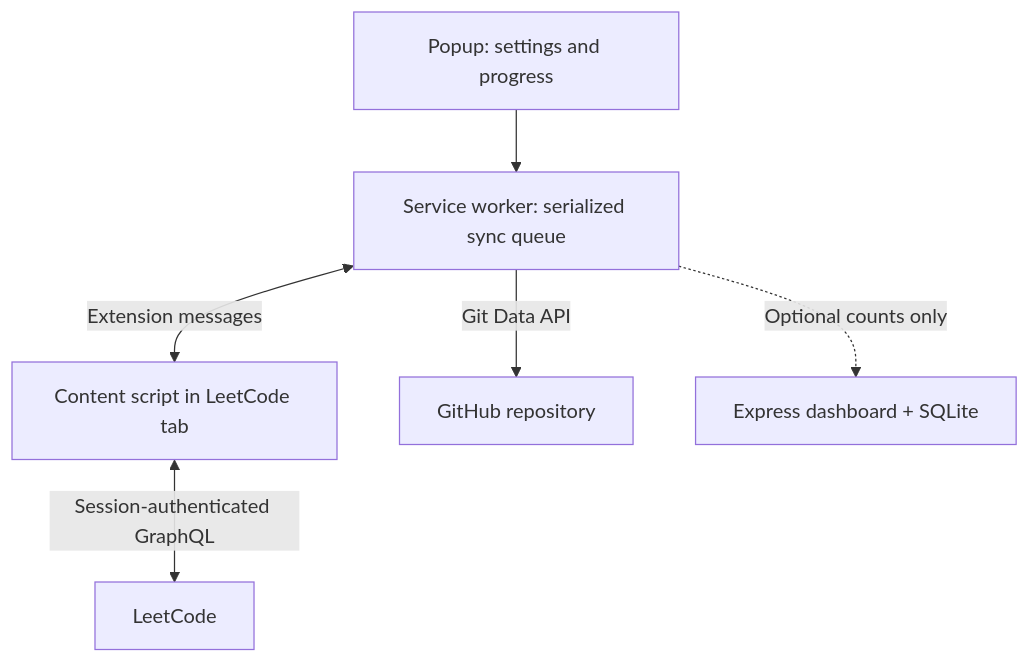
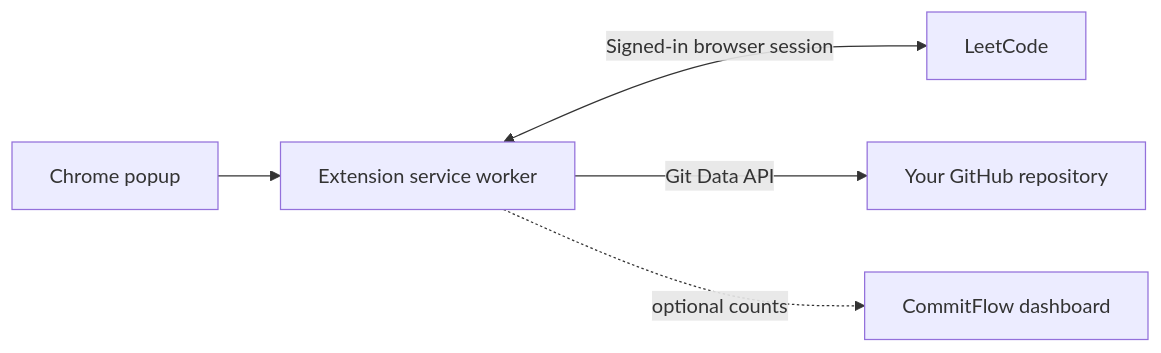
Before and after one commit to arpitkjaiswal/CommitFlow: the diagram in README.md, drawn with Mermaid. The commit also changed other lines of this file and 8 other files, not shown here.

Commit message:
Polish CommitFlow branding and project README

````diff
--- a/README.md
+++ b/README.md
@@ -78,8 +118,7 @@
 ```mermaid
-flowchart TD
-  P[Popup: settings and progress] --> W[Service worker: serialized sync queue]
-  W <-->|Extension messages| C[Content script in LeetCode tab]
-  C <-->|Session-authenticated GraphQL| L[LeetCode]
-  W -->|Git Data API| G[GitHub repository]
-  W -.->|Optional counts only| T[Express dashboard + SQLite]
+flowchart LR
+  Popup[Chrome popup] --> Worker[Extension service worker]
+  Worker <-->|Signed-in browser session| LC[LeetCode]
+  Worker -->|Git Data API| GH[Your GitHub repository]
+  Worker -. optional counts .-> Dashboard[CommitFlow dashboard]
 ```
````
